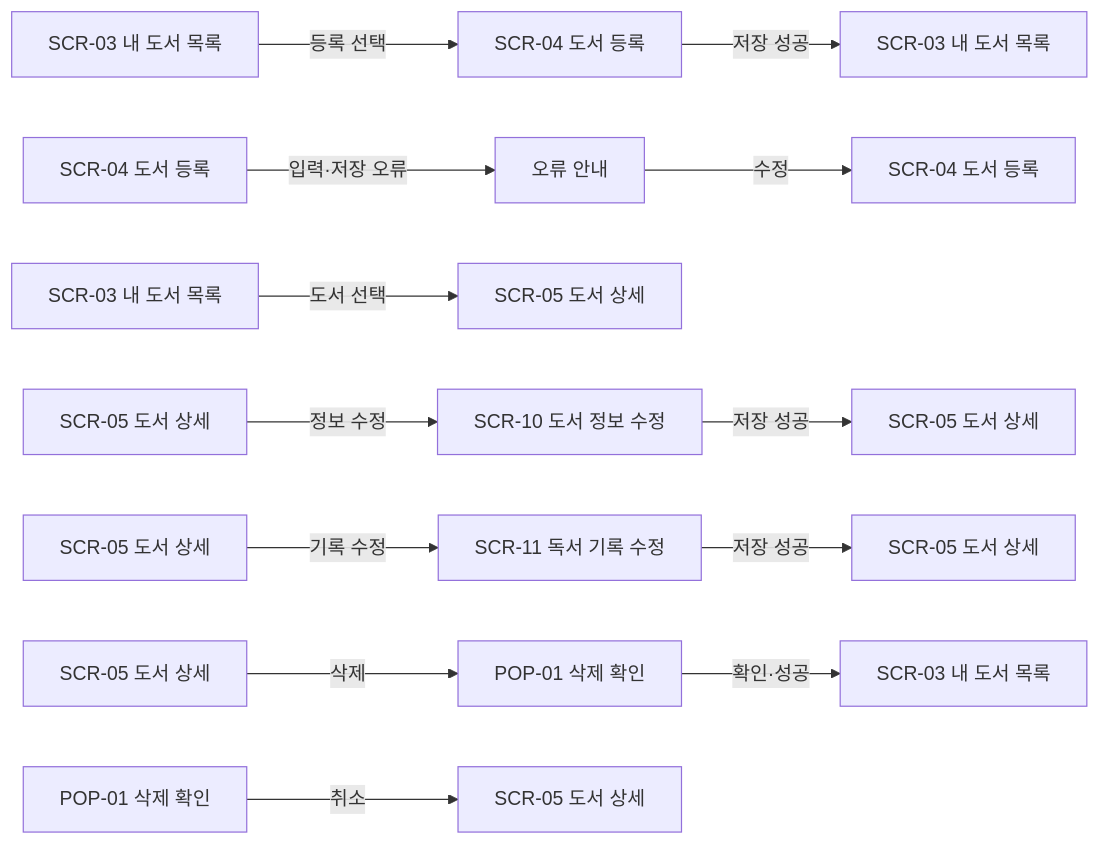
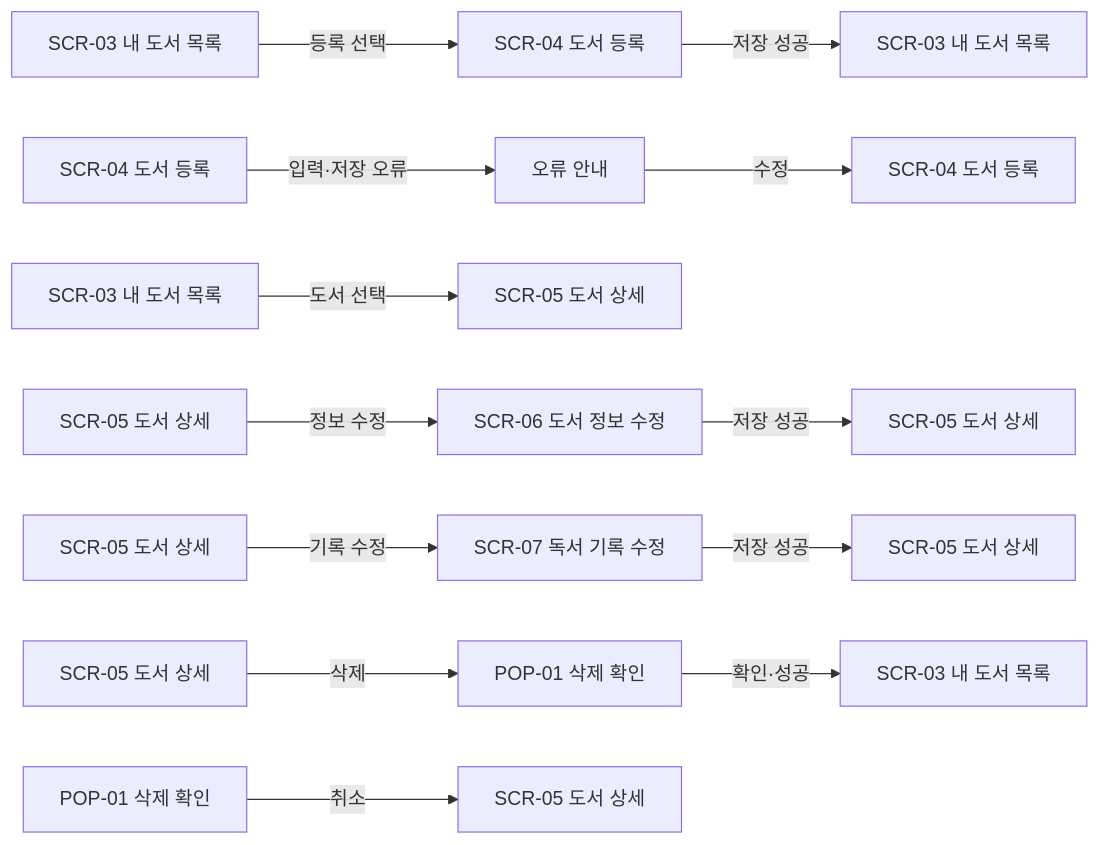
The second of 6 diagrams in docs/02_StoryBoard/화면설계서.md (jackie020105-beep/WebJava_Project), drawn with Mermaid before and after one commit. The commit also changed other lines of this file, not shown here.

````diff
--- a/docs/02_StoryBoard/화면설계서.md
+++ b/docs/02_StoryBoard/화면설계서.md
@@ -108,22 +115,22 @@
 ```mermaid
 %%{init: {'flowchart': {'curve': 'linear'}}}%%
 flowchart LR
     A1["SCR-03 내 도서 목록"] -->|"등록 선택"| A2["SCR-04 도서 등록"]
     A2 -->|"저장 성공"| A3["SCR-03 내 도서 목록"]
 
     B1["SCR-04 도서 등록"] -->|"입력·저장 오류"| B2["오류 안내"]
     B2 -->|"수정"| B3["SCR-04 도서 등록"]
 
     C1["SCR-03 내 도서 목록"] -->|"도서 선택"| C2["SCR-05 도서 상세"]
 
-    D1["SCR-05 도서 상세"] -->|"정보 수정"| D2["SCR-10 도서 정보 수정"]
+    D1["SCR-05 도서 상세"] -->|"정보 수정"| D2["SCR-06 도서 정보 수정"]
     D2 -->|"저장 성공"| D3["SCR-05 도서 상세"]
 
-    E1["SCR-05 도서 상세"] -->|"기록 수정"| E2["SCR-11 독서 기록 수정"]
+    E1["SCR-05 도서 상세"] -->|"기록 수정"| E2["SCR-07 독서 기록 수정"]
     E2 -->|"저장 성공"| E3["SCR-05 도서 상세"]
 
     F1["SCR-05 도서 상세"] -->|"삭제"| F2["POP-01 삭제 확인"]
     F2 -->|"확인·성공"| F3["SCR-03 내 도서 목록"]
 
     G1["POP-01 삭제 확인"] -->|"취소"| G2["SCR-05 도서 상세"]
 ```
````
